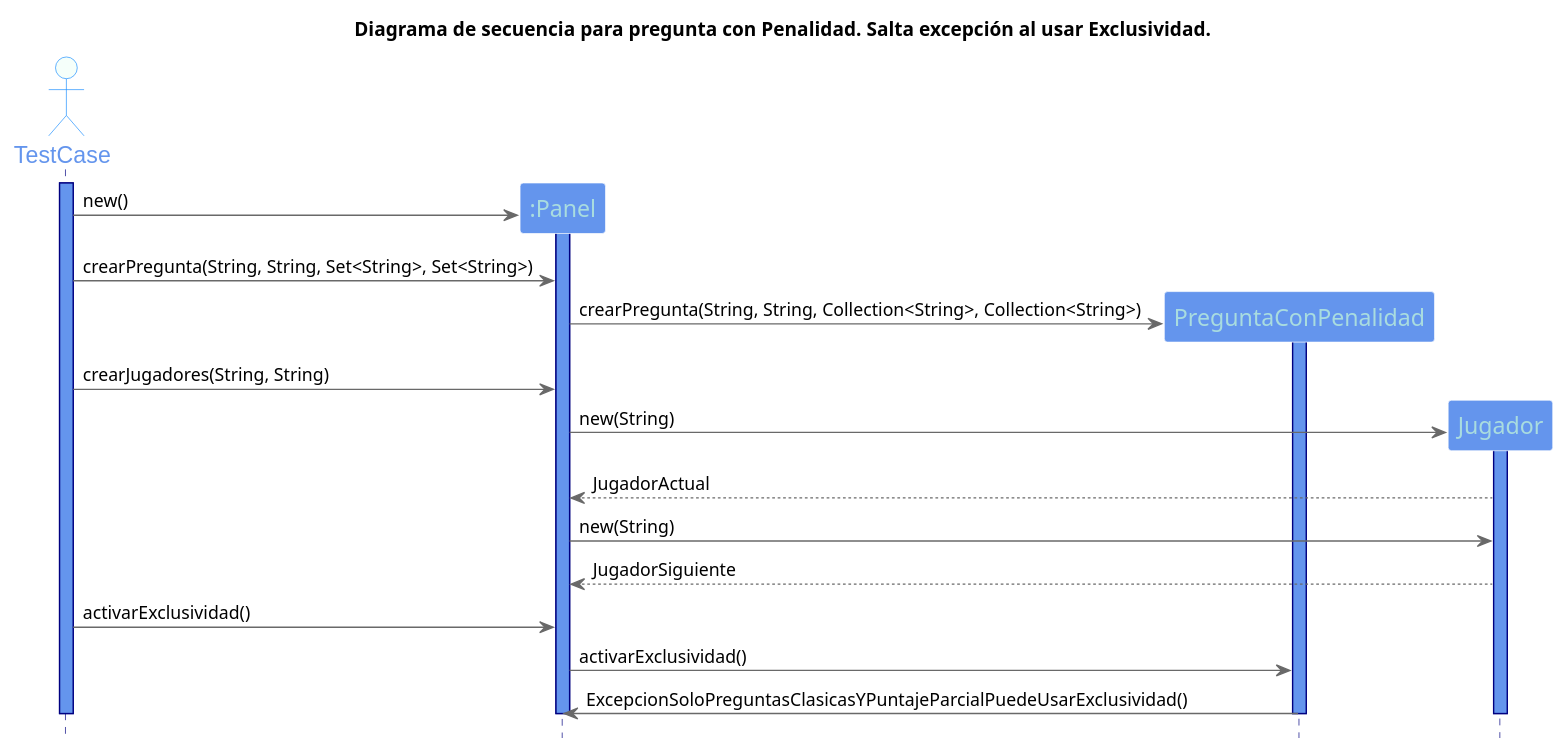
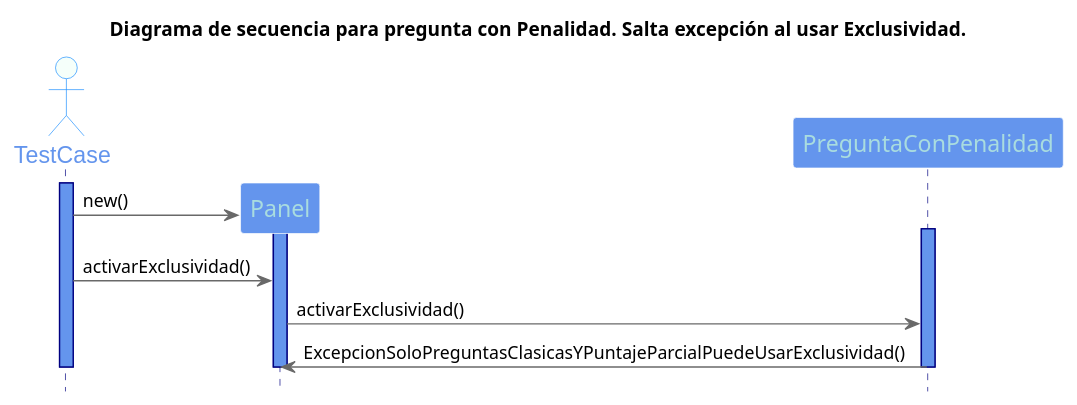
The diagram in UML/Diagramas de secuencia/ExcepcionExclusividadEnPreguntaConPenalidad.puml (fvazquezf/TP_2_Algo_3), drawn with PlantUML before and after one commit. The commit also changed 6 other files, not shown here.

Commit message:
actualizacion y creacion de diagramas de secuencia

```diff
--- a/UML/Diagramas de secuencia/ExcepcionExclusividadEnPreguntaConPenalidad.puml
+++ b/UML/Diagramas de secuencia/ExcepcionExclusividadEnPreguntaConPenalidad.puml
@@ -1,57 +1,42 @@
 @startuml
 
 title Diagrama de secuencia para pregunta con Penalidad. Salta excepción al usar Exclusividad.
 
 hide footbox
 skinparam backgroundColor white
 
 skinparam sequence {
 ArrowColor DimGray
 ActorBorderColor DodgerBlue
 LifeLineBorderColor Navy
 LifeLineBackgroundColor CornflowerBlue
 ParticipantBorderColor LighSlateGray
 ParticipantBackgroundColor CornflowerBlue
 ParticipantFontName Impact
 ParticipantFontSize 17
 ParticipantFontColor #A9DCDF
 ActorBackgroundColor mintCream
 ActorFontColor CornflowerBlue
 ActorFontSize 17
 ActorFontName Aapex
 }
 
 actor TestCase
 activate TestCase
 
-participant ":Panel" as Panel
 create Panel
 TestCase -> Panel : new()
 activate Panel
 
-TestCase -> Panel : crearPregunta(String, String, Set<String>, Set<String>)
-
-
-
-create PreguntaConPenalidad
-Panel -> PreguntaConPenalidad : crearPregunta(String, String, Collection<String>, Collection<String>)
+Participant PreguntaConPenalidad
 activate PreguntaConPenalidad
-
-TestCase -> Panel: crearJugadores(String, String)
-create Jugador
-Panel -> Jugador: new(String)
-activate Jugador
-Jugador --> Panel: JugadorActual
-Panel -> Jugador: new(String)
-Jugador --> Panel: JugadorSiguiente
 
 TestCase -> Panel: activarExclusividad()
 Panel -> PreguntaConPenalidad: activarExclusividad()
 PreguntaConPenalidad -> Panel : ExcepcionSoloPreguntasClasicasYPuntajeParcialPuedeUsarExclusividad()
 
 deactivate PreguntaConPenalidad
-deactivate Jugador
 deactivate Panel
 deactivate TestCase
 
 @enduml
```
